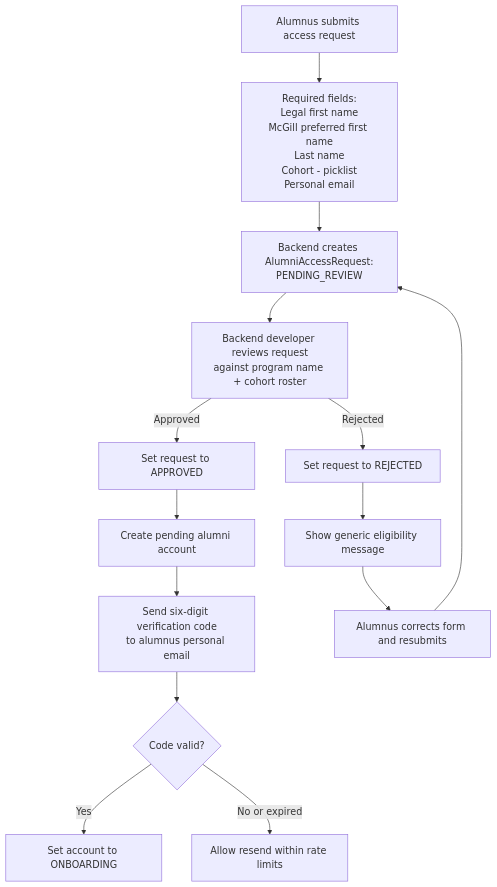
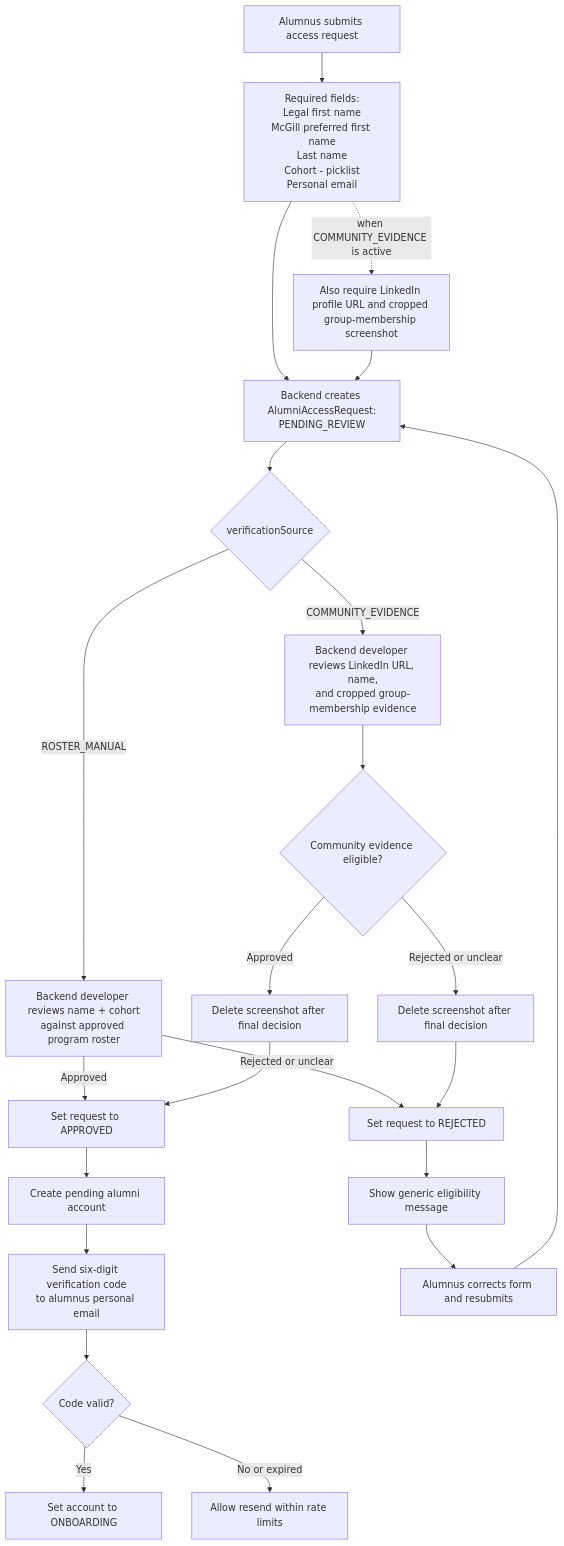
The second of 2 diagrams in docs/features/email-verification.md (ellieryus/oaa-project), drawn with Mermaid before and after one commit. The commit also changed other lines of this file, not shown here.

Commit message:
docs: add community evidence verification fallback

````diff
--- a/docs/features/email-verification.md
+++ b/docs/features/email-verification.md
@@ -118,31 +125,43 @@
 ```mermaid
 flowchart TD
     A[Alumnus submits access request] --> B[
 Required fields:
 Legal first name
 McGill preferred first name
 Last name
 Cohort - picklist
 Personal email
 ]
 
+    B -. when COMMUNITY_EVIDENCE is active .-> BE[Also require LinkedIn profile URL and cropped group-membership screenshot]
+
     B --> C[Backend creates AlumniAccessRequest:
 PENDING_REVIEW]
 
-    C --> D[Backend developer reviews request
-against program name + cohort roster]
+    BE --> C
 
-    D -->|Approved| E[Set request to APPROVED]
-    E --> F[Create pending alumni account]
-    F --> G[Send six-digit verification code
+    C --> D{verificationSource}
+    D -->|ROSTER_MANUAL| E[Backend developer reviews name + cohort
+against approved program roster]
+    D -->|COMMUNITY_EVIDENCE| F[Backend developer reviews LinkedIn URL, name,
+and cropped group-membership evidence]
+
+    E -->|Approved| G[Set request to APPROVED]
+    F --> Q{Community evidence eligible?}
+    Q -->|Approved| P[Delete screenshot after final decision]
+    P --> G
+    G --> H[Create pending alumni account]
+    H --> I[Send six-digit verification code
 to alumnus personal email]
-    G --> H{Code valid?}
+    I --> J{Code valid?}
 
-    H -->|Yes| I[Set account to ONBOARDING]
-    H -->|No or expired| J[Allow resend within rate limits]
+    J -->|Yes| K[Set account to ONBOARDING]
+    J -->|No or expired| L[Allow resend within rate limits]
 
-    D -->|Rejected| K[Set request to REJECTED]
-    K --> L[Show generic eligibility message]
-    L --> M[Alumnus corrects form and resubmits]
-    M --> C
+    E -->|Rejected or unclear| M[Set request to REJECTED]
+    Q -->|Rejected or unclear| R[Delete screenshot after final decision]
+    R --> M
+    M --> N[Show generic eligibility message]
+    N --> O[Alumnus corrects form and resubmits]
+    O --> C
 ```
````
